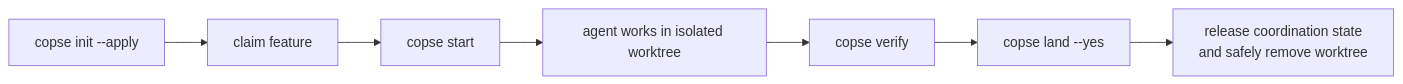
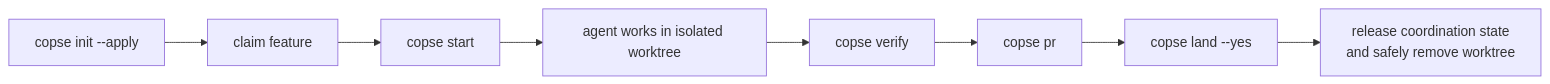
Before and after one commit to AaronLPS/copse: the diagram in README.md, drawn with Mermaid. The commit also changed other lines of this file and 10 other files, not shown here.

````diff
--- a/README.md
+++ b/README.md
@@ -57,9 +59,10 @@
 ```mermaid
 flowchart LR
     I["copse init --apply"] --> C["claim feature"]
     C --> S["copse start"]
     S --> W["agent works in isolated worktree"]
     W --> V["copse verify"]
-    V --> L["copse land --yes"]
+    V --> P["copse pr"]
+    P --> L["copse land --yes"]
     L --> D["release coordination state<br/>and safely remove worktree"]
 ```
````
